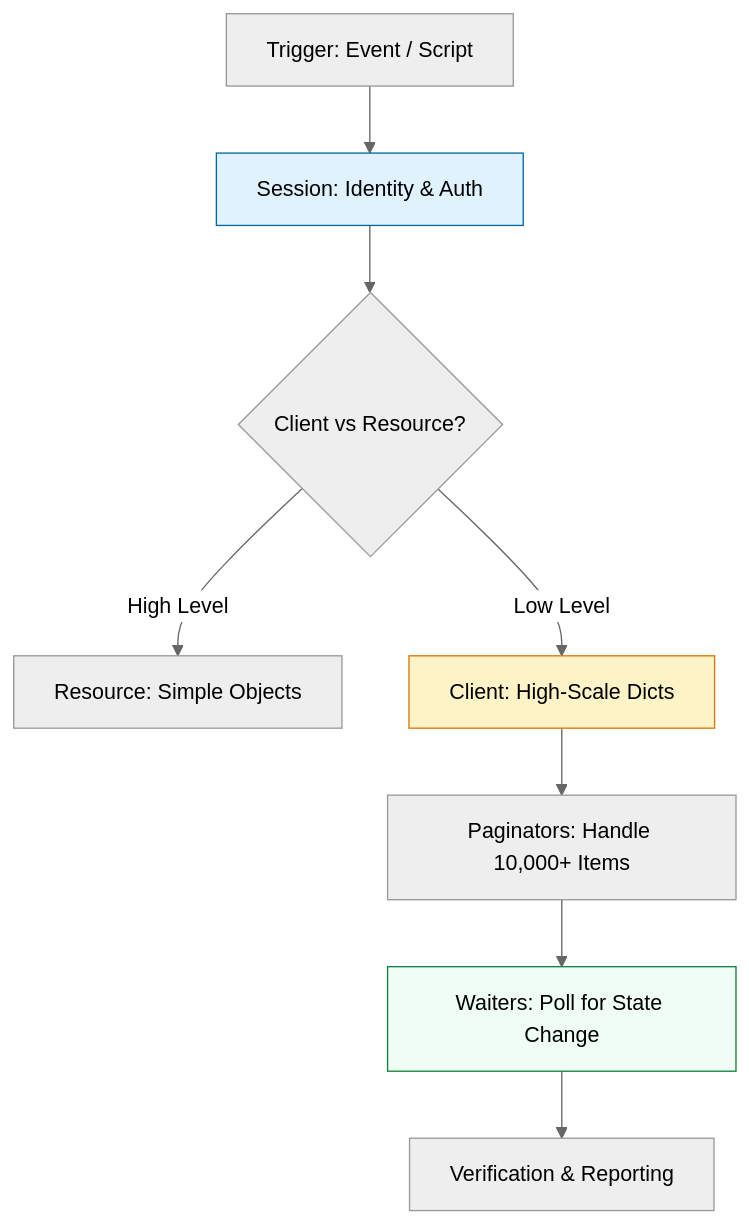
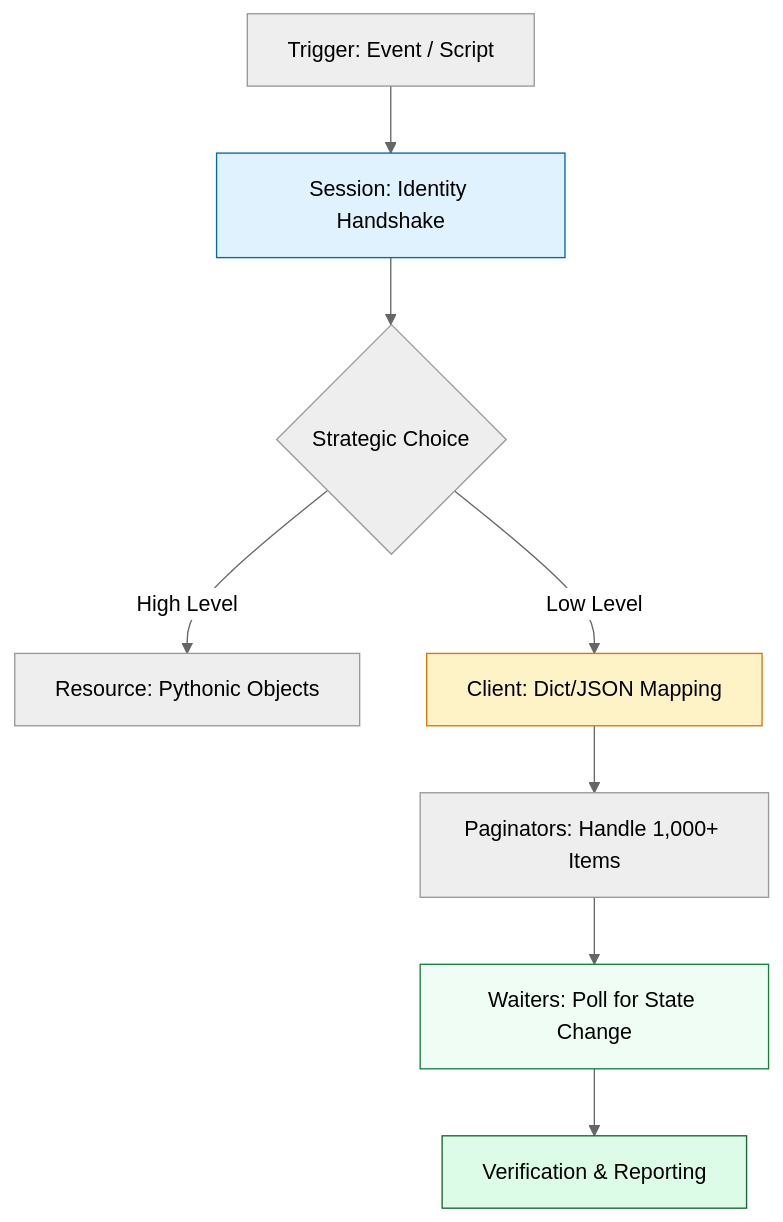
The diagram in 2-Intermediate/02-Phase-2/01-Infrastructure-Automation/01-Scripting-Automation/02-Python-for-Infrastructure/03-Part-3-The-Building-Blocks/01-AWS-Automation-Boto3/README.md (Ganil151/Devops), drawn with Mermaid (neutral theme) before and after one commit. The commit also changed other lines of this file and 77 other files, not shown here.

````diff
--- a/2-Intermediate/02-Phase-2/01-Infrastructure-Automation/01-Scripting-Automation/02-Python-for-Infrastructure/03-Part-3-The-Building-Blocks/01-AWS-Automation-Boto3/README.md
+++ b/2-Intermediate/02-Phase-2/01-Infrastructure-Automation/01-Scripting-Automation/02-Python-for-Infrastructure/03-Part-3-The-Building-Blocks/01-AWS-Automation-Boto3/README.md
@@ -34,14 +34,15 @@
 ```mermaid
 graph TD
-    A[Trigger: Event / Script] --> B[Session: Identity & Auth]
-    B --> C{Client vs Resource?}
-    C -- High Level --> D[Resource: Simple Objects]
-    C -- Low Level --> E[Client: High-Scale Dicts]
-    E --> F[Paginators: Handle 10,000+ Items]
+    A[Trigger: Event / Script] --> B[Session: Identity Handshake]
+    B --> C{Strategic Choice}
+    C -- High Level --> D[Resource: Pythonic Objects]
+    C -- Low Level --> E[Client: Dict/JSON Mapping]
+    E --> F[Paginators: Handle 1,000+ Items]
     F --> G[Waiters: Poll for State Change]
     G --> H[Verification & Reporting]
     
     style B fill:#e0f2fe,stroke:#0369a1
     style E fill:#fef3c7,stroke:#d97706
     style G fill:#f0fdf4,stroke:#15803d
+    style H fill:#dcfce7,stroke:#166534
 ```
````
